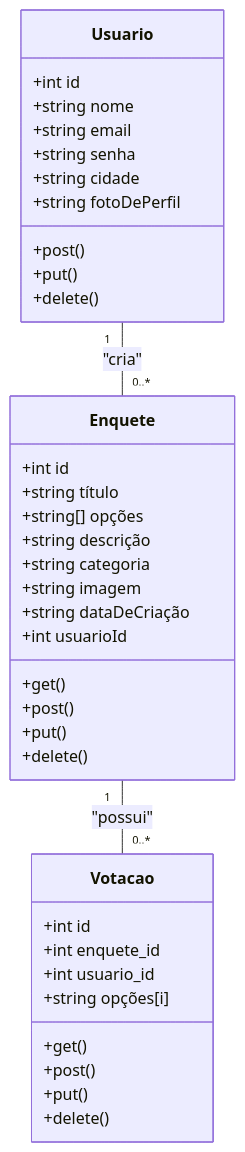
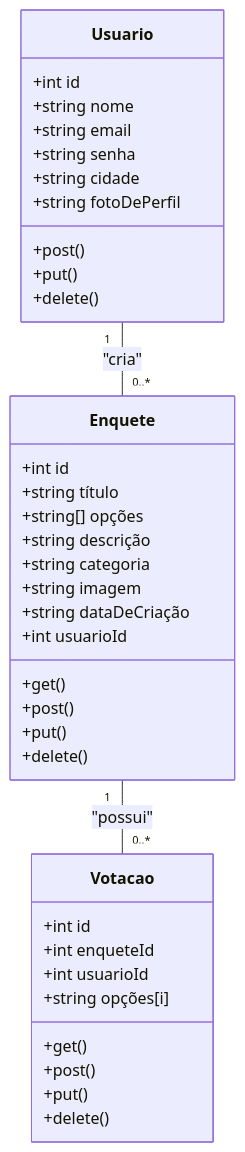
Before and after one commit to epicestudar/Votefy: the second of 4 diagrams in README.md, drawn with Mermaid.

````diff
--- a/README.md
+++ b/README.md
@@ -119,44 +119,44 @@
 ```mermaid
 classDiagram
     class Usuario {
         +int id
         +string nome
         +string email
         +string senha
         +string cidade
         +string fotoDePerfil
         +post()
         +put()
         +delete()
     }
 
     class Enquete {
         +int id
         +string título
         +string[] opções
         +string descrição
         +string categoria
         +string imagem
         +string dataDeCriação
         +int usuarioId
         +get()
         +post()
         +put()
         +delete()
     }
 
     class Votacao {
         +int id
-        +int enquete_id
-        +int usuario_id
+        +int enqueteId
+        +int usuarioId
         +string opções[i]
         +get()
         +post()
         +put()
         +delete()
     }
 
     Usuario "1" -- "0..*" Enquete : "cria"
     Enquete "1" -- "0..*" Votacao : "possui"
 
 ```
````
